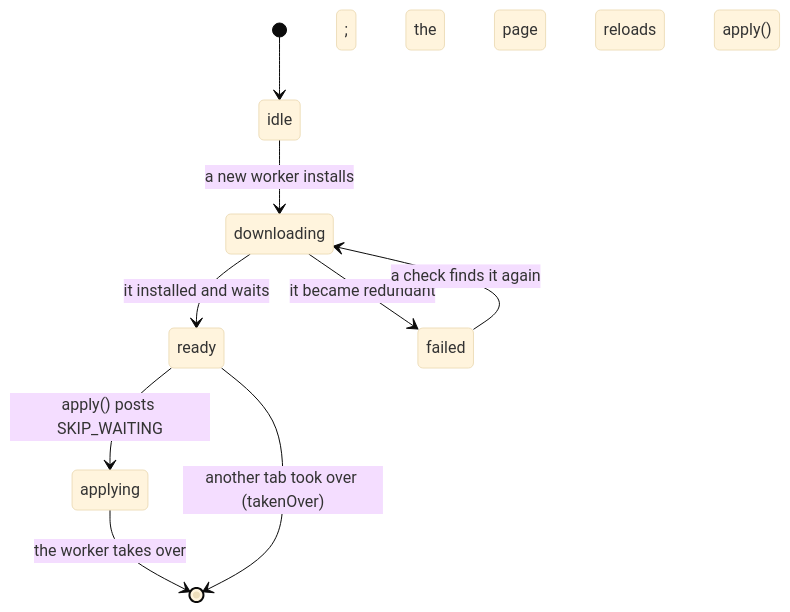
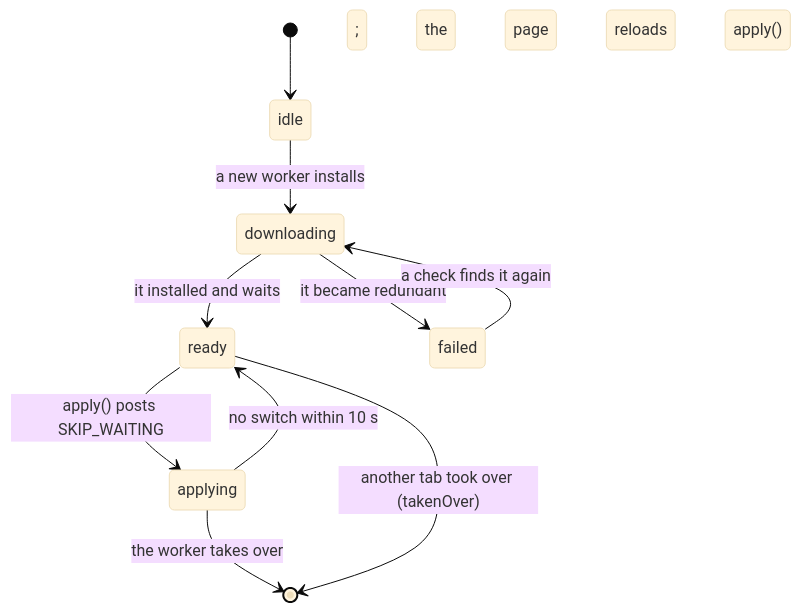
The diagram in packages/background-activity/docs/STATES.md (zsh-eng/workbench), drawn with Mermaid (base theme) before and after one commit. The commit also changed 2 other files, not shown here.

Commit message:
background-activity: a switch that does not happen is ready again
Chrome now and then holds a waiting worker after SKIP_WAITING: in about
one launch in fifty in Spaced's update test, it stayed installed for over
45 s, and posting again did not move it. The store then said applying,
and Restart spun, until the page closed. After 10 s it is ready again, for
the next moment or tap, and forgets the Updated note it had saved. The
Reader's client tests and PWA e2e pass.

````diff
--- a/packages/background-activity/docs/STATES.md
+++ b/packages/background-activity/docs/STATES.md
@@ -104,11 +104,12 @@
 ```mermaid
 stateDiagram-v2
   [*] --> idle
   idle --> downloading : a new worker installs
   downloading --> ready : it installed and waits
   downloading --> failed : it became redundant
   failed --> downloading : a check finds it again
   ready --> applying : apply() posts SKIP_WAITING
   applying --> [*] : the worker takes over; the page reloads
+  applying --> ready : no switch within 10 s
   ready --> [*] : another tab took over (takenOver); apply() reloads
 ```
````
